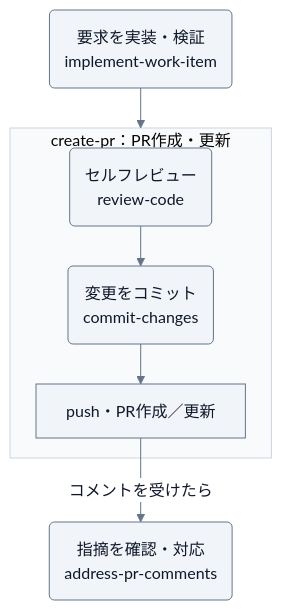
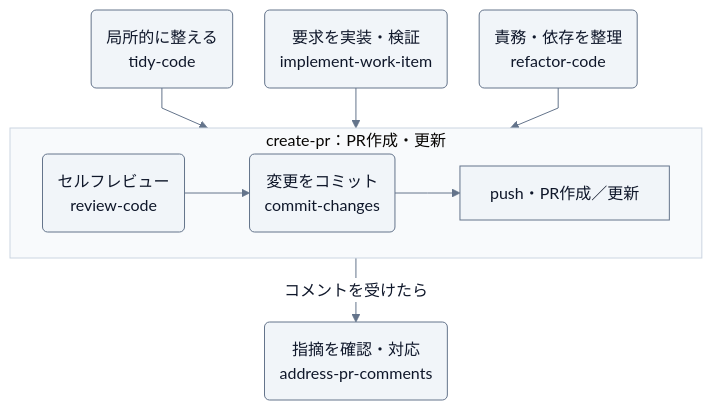
One commit to Wataru-Toriumi/agent-skills changed the diagram in plugins/forge/README.md. Above: the diagram before and after it, drawn with Mermaid. The commit also changed other lines of this file, not shown here.

Commit message:
docs(forge): include tidy and refactor in workflow diagram

````diff
--- a/plugins/forge/README.md
+++ b/plugins/forge/README.md
@@ -26,30 +26,34 @@
 ```mermaid
 ---
 config:
   theme: base
   look: classic
   fontFamily: sans-serif
   themeVariables:
     primaryColor: "#F1F5F9"
     primaryTextColor: "#0F172A"
     primaryBorderColor: "#64748B"
     lineColor: "#64748B"
     tertiaryColor: "#F8FAFC"
     clusterBkg: "#F8FAFC"
     clusterBorder: "#CBD5E1"
     edgeLabelBackground: "#FFFFFF"
   flowchart:
     wrappingWidth: 300
     curve: linear
     nodeSpacing: 32
     rankSpacing: 40
 ---
 flowchart TD
+    tidy("局所的に整える<br/>tidy-code")
     implement("要求を実装・検証<br/>implement-work-item")
+    refactor("責務・依存を整理<br/>refactor-code")
     subgraph pr["create-pr：PR作成・更新"]
         review("セルフレビュー<br/>review-code") --> commit("変更をコミット<br/>commit-changes")
         commit --> publish["push・PR作成／更新"]
     end
+    tidy --> pr
     implement --> pr
-    publish -->|コメントを受けたら| address("指摘を確認・対応<br/>address-pr-comments")
+    refactor --> pr
+    pr -->|コメントを受けたら| address("指摘を確認・対応<br/>address-pr-comments")
 ```
````
